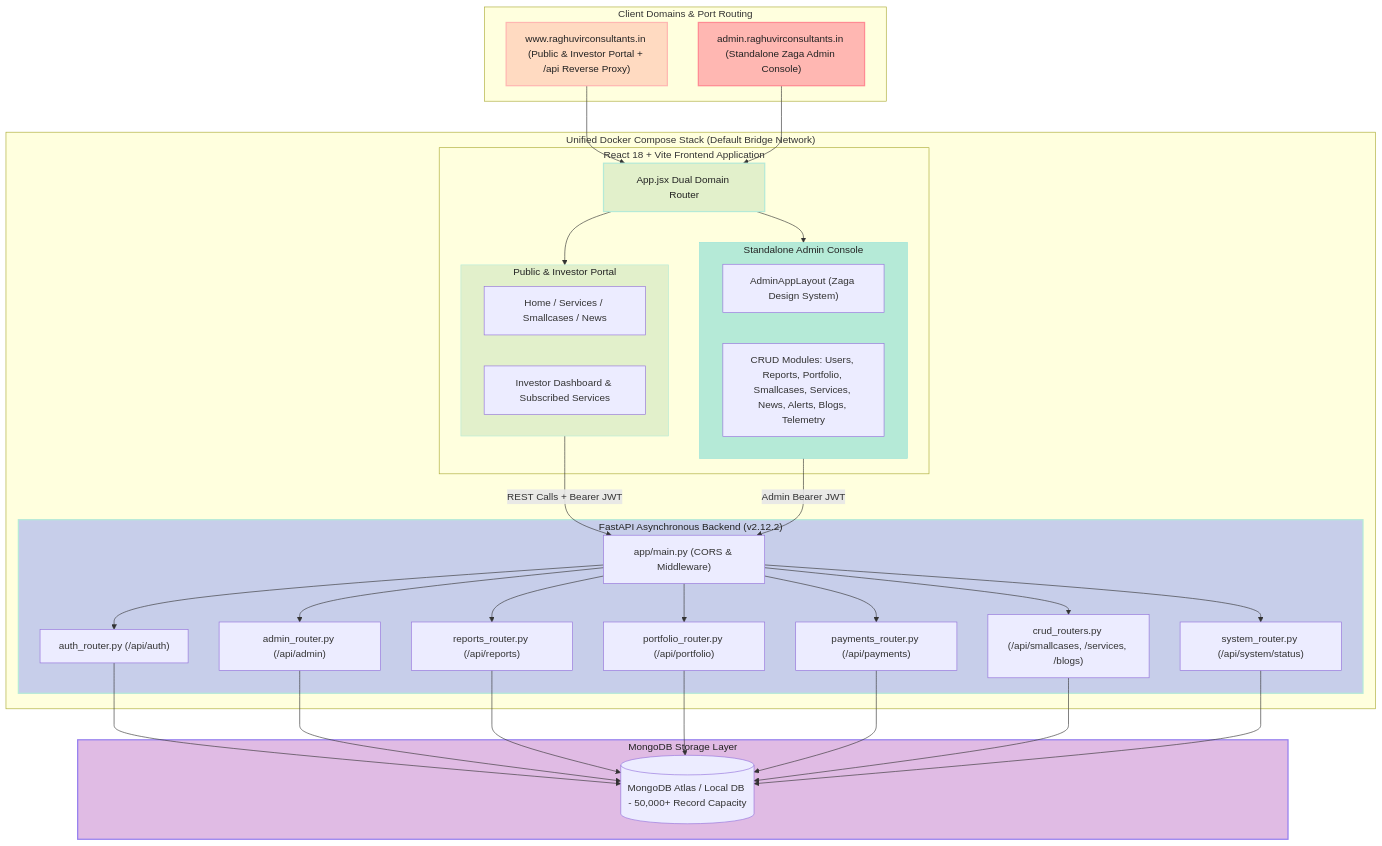
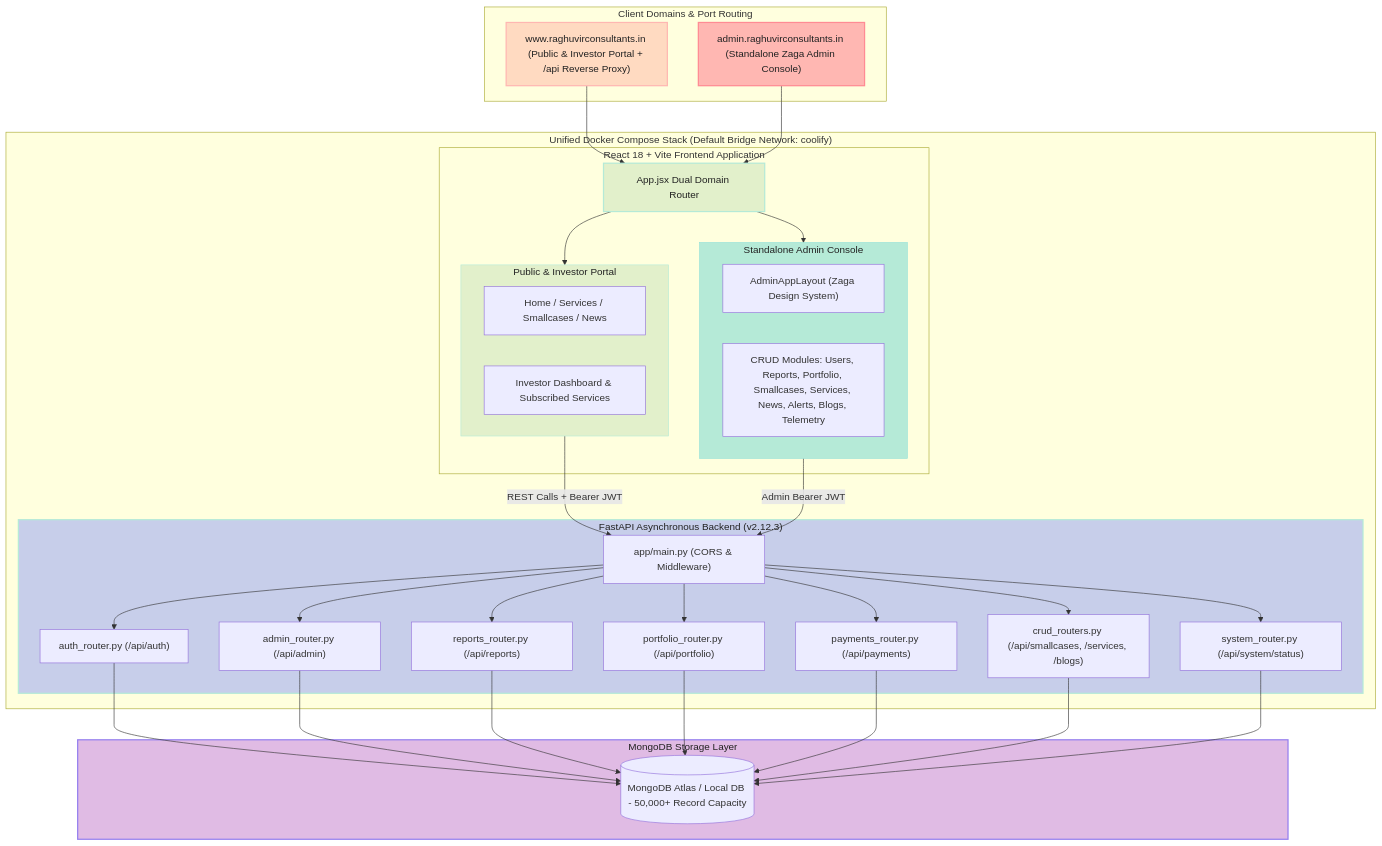
One commit to tejasrsuthar/raghuvirconsultants-site changed the first of 2 diagrams in backend/docs/ARCHITECTURE.md. Above: the diagram before and after it, drawn with Mermaid. The commit also changed other lines of this file and 7 other files, not shown here.

Commit message:
fix(orchestration): configure default network name to coolify for zero-config bridge, bump version to 2.12.3

````diff
--- a/backend/docs/ARCHITECTURE.md
+++ b/backend/docs/ARCHITECTURE.md
@@ -14,72 +14,72 @@
 ```mermaid
 graph TD
     subgraph ClientDomains["Client Domains & Port Routing"]
         PublicDomain["www.raghuvirconsultants.in (Public & Investor Portal + /api Reverse Proxy)"]
         AdminDomain["admin.raghuvirconsultants.in (Standalone Zaga Admin Console)"]
     end
 
-    subgraph ComposeStack["Unified Docker Compose Stack (Default Bridge Network)"]
+    subgraph ComposeStack["Unified Docker Compose Stack (Default Bridge Network: coolify)"]
         subgraph ReactFrontend["React 18 + Vite Frontend Application"]
             AppRouter["App.jsx Dual Domain Router"]
             
             subgraph PublicPortal["Public & Investor Portal"]
               PublicViews["Home / Services / Smallcases / News"]
               InvestorPortal["Investor Dashboard & Subscribed Services"]
             end
 
             subgraph ZagaAdmin["Standalone Admin Console"]
               AdminLayout["AdminAppLayout (Zaga Design System)"]
               AdminModules["CRUD Modules: Users, Reports, Portfolio, Smallcases, Services, News, Alerts, Blogs, Telemetry"]
             end
         end
 
-        subgraph FastAPIServer["FastAPI Asynchronous Backend (v2.12.2)"]
+        subgraph FastAPIServer["FastAPI Asynchronous Backend (v2.12.3)"]
             API["app/main.py (CORS & Middleware)"]
             AuthRouter["auth_router.py (/api/auth)"]
             AdminRouter["admin_router.py (/api/admin)"]
             ReportsRouter["reports_router.py (/api/reports)"]
             PortfolioRouter["portfolio_router.py (/api/portfolio)"]
             PaymentsRouter["payments_router.py (/api/payments)"]
             CRUDRouters["crud_routers.py (/api/smallcases, /services, /blogs)"]
             SystemRouter["system_router.py (/api/system/status)"]
         end
     end
 
     subgraph DataStore["MongoDB Storage Layer"]
         MongoDB[(MongoDB Atlas / Local DB - 50,000+ Record Capacity)]
     end
 
     PublicDomain --> AppRouter
     AdminDomain --> AppRouter
 
     AppRouter --> PublicPortal
     AppRouter --> ZagaAdmin
 
     PublicPortal -->|REST Calls + Bearer JWT| API
     ZagaAdmin -->|Admin Bearer JWT| API
 
     API --> AuthRouter
     API --> AdminRouter
     API --> ReportsRouter
     API --> PortfolioRouter
     API --> PaymentsRouter
     API --> CRUDRouters
     API --> SystemRouter
 
     AuthRouter --> MongoDB
     AdminRouter --> MongoDB
     ReportsRouter --> MongoDB
     PortfolioRouter --> MongoDB
     PaymentsRouter --> MongoDB
     CRUDRouters --> MongoDB
     SystemRouter --> MongoDB
 
     %% Pastel Color Palette Styling
     style PublicDomain fill:#FFDAC1,stroke:#FFB7B2,stroke-width:2px,color:#222;
     style AdminDomain fill:#FFB7B2,stroke:#FF8B94,stroke-width:2px,color:#222;
     style AppRouter fill:#E2F0CB,stroke:#B5EAD7,stroke-width:2px,color:#222;
     style PublicPortal fill:#E2F0CB,stroke:#B5EAD7,stroke-width:1px,color:#222;
     style ZagaAdmin fill:#B5EAD7,stroke:#93E1D8,stroke-width:1px,color:#222;
     style FastAPIServer fill:#C7CEEA,stroke:#B5EAD7,stroke-width:2px,color:#222;
     style DataStore fill:#E0BBE4,stroke:#957FEF,stroke-width:2px,color:#222;
 ```
````
